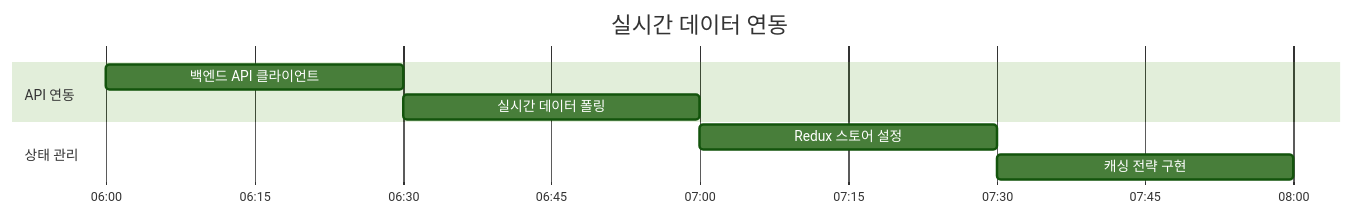
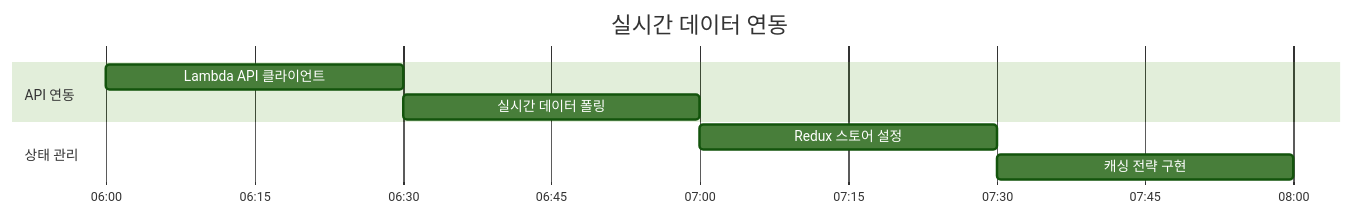
The fifth of 7 diagrams in frontend/README.md (qurious-aws-hackathon/team22-aws-hackathon), drawn with Mermaid (forest theme) before and after one commit. The commit also changed other lines of this file and 2 other files, not shown here.

````diff
--- a/frontend/README.md
+++ b/frontend/README.md
@@ -195,14 +195,14 @@
 ```mermaid
 gantt
     title 실시간 데이터 연동
     dateFormat HH:mm
     axisFormat %H:%M
     
     section API 연동
-    백엔드 API 클라이언트        :api1, 06:00, 06:30
+    Lambda API 클라이언트       :api1, 06:00, 06:30
     실시간 데이터 폴링          :api2, 06:30, 07:00
     
     section 상태 관리
     Redux 스토어 설정          :state1, 07:00, 07:30
     캐싱 전략 구현             :state2, 07:30, 08:00
 ```
````
